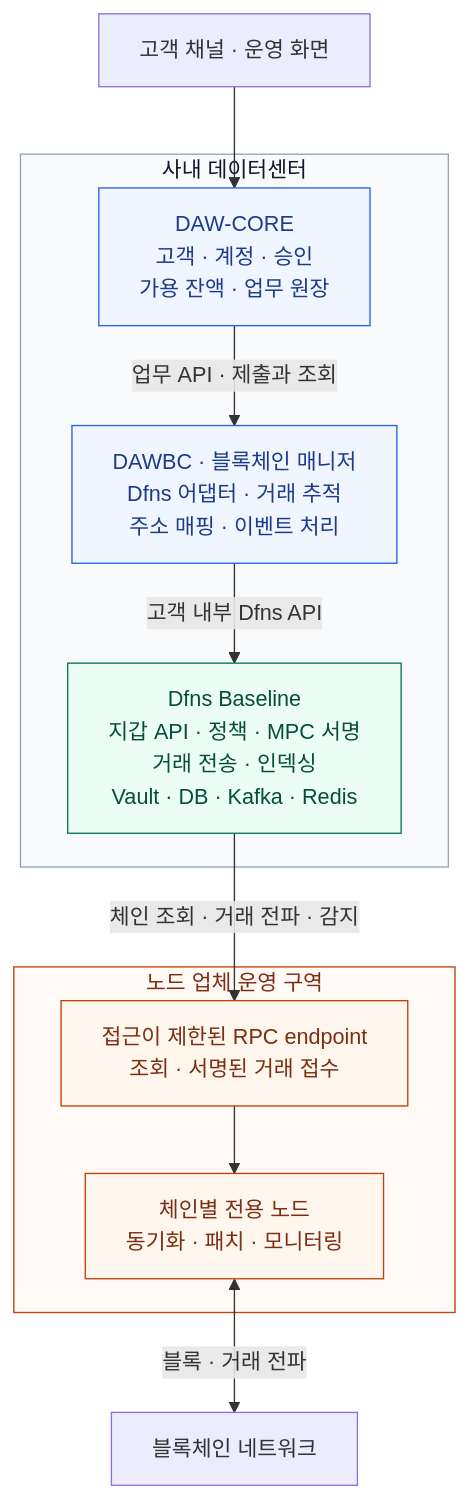
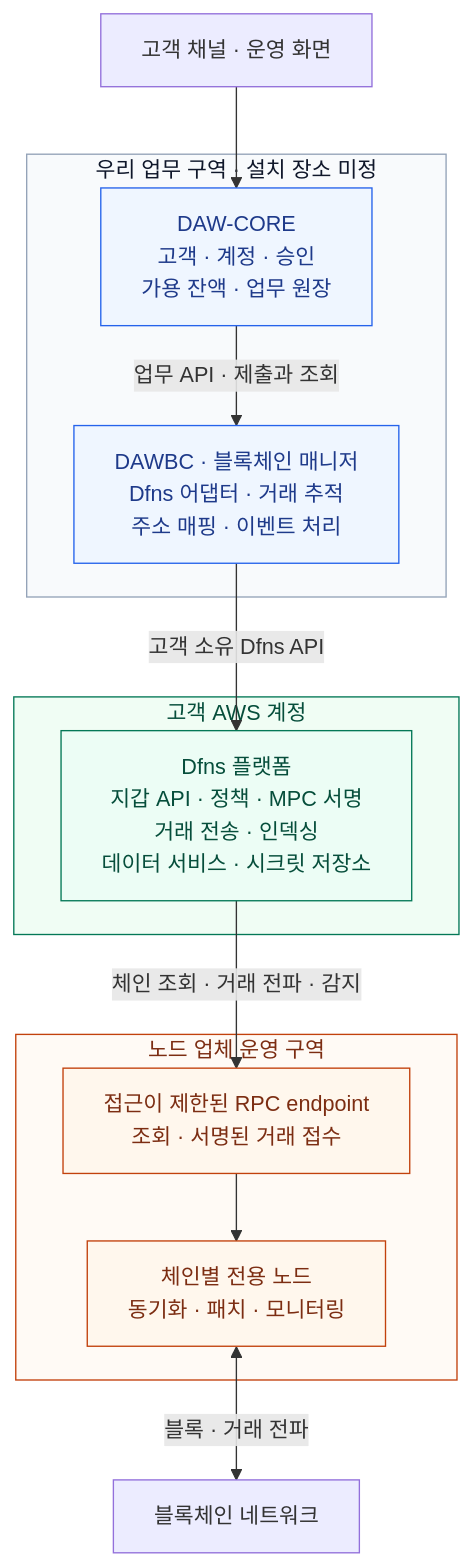
The diagram in blockchain-manager/docs/WaaS 도입·구축/DAW 구축 설계/00-integration-plan.md (eunsujeo/eunpus), drawn with Mermaid before and after one commit. The commit also changed other lines of this file and 7 other files, not shown here.

First line of the commit message:
docs: settle Dfns on AWS and record what the secret backends do

````diff
--- a/blockchain-manager/docs/WaaS 도입·구축/DAW 구축 설계/00-integration-plan.md
+++ b/blockchain-manager/docs/WaaS 도입·구축/DAW 구축 설계/00-integration-plan.md
@@ -43,28 +44,31 @@
 ```mermaid
 flowchart TB
     USER["고객 채널 · 운영 화면"]
-    subgraph OUR["사내 데이터센터"]
+    subgraph OUR["우리 업무 구역 · 설치 장소 미정"]
         CORE["DAW-CORE<br/>고객 · 계정 · 승인<br/>가용 잔액 · 업무 원장"]
         BC["DAWBC · 블록체인 매니저<br/>Dfns 어댑터 · 거래 추적<br/>주소 매핑 · 이벤트 처리"]
-        DFNS["Dfns Baseline<br/>지갑 API · 정책 · MPC 서명<br/>거래 전송 · 인덱싱<br/>Vault · DB · Kafka · Redis"]
         CORE -->|"업무 API · 제출과 조회"| BC
-        BC -->|"고객 내부 Dfns API"| DFNS
     end
+    subgraph AWSACC["고객 AWS 계정"]
+        DFNS["Dfns 플랫폼<br/>지갑 API · 정책 · MPC 서명<br/>거래 전송 · 인덱싱<br/>데이터 서비스 · 시크릿 저장소"]
+    end
+    BC -->|"고객 소유 Dfns API"| DFNS
     subgraph OUTSOURCED["노드 업체 운영 구역"]
         RPC["접근이 제한된 RPC endpoint<br/>조회 · 서명된 거래 접수"]
         NODE["체인별 전용 노드<br/>동기화 · 패치 · 모니터링"]
         RPC --> NODE
     end
     CHAIN["블록체인 네트워크"]
     USER --> CORE
     DFNS -->|"체인 조회 · 거래 전파 · 감지"| RPC
     NODE <-->|"블록 · 거래 전파"| CHAIN
     classDef ours fill:#eff6ff,stroke:#2563eb,color:#1e3a8a
     classDef platform fill:#ecfdf5,stroke:#047857,color:#064e3b
     classDef outsourced fill:#fff7ed,stroke:#c2410c,color:#7c2d12
     style OUR fill:#f8fafc,stroke:#94a3b8,color:#0f172a
+    style AWSACC fill:#f0fdf4,stroke:#047857,color:#064e3b
     style OUTSOURCED fill:#fffaf5,stroke:#c2410c,color:#7c2d12
     class CORE,BC ours
     class DFNS platform
     class RPC,NODE outsourced
 ```
````
